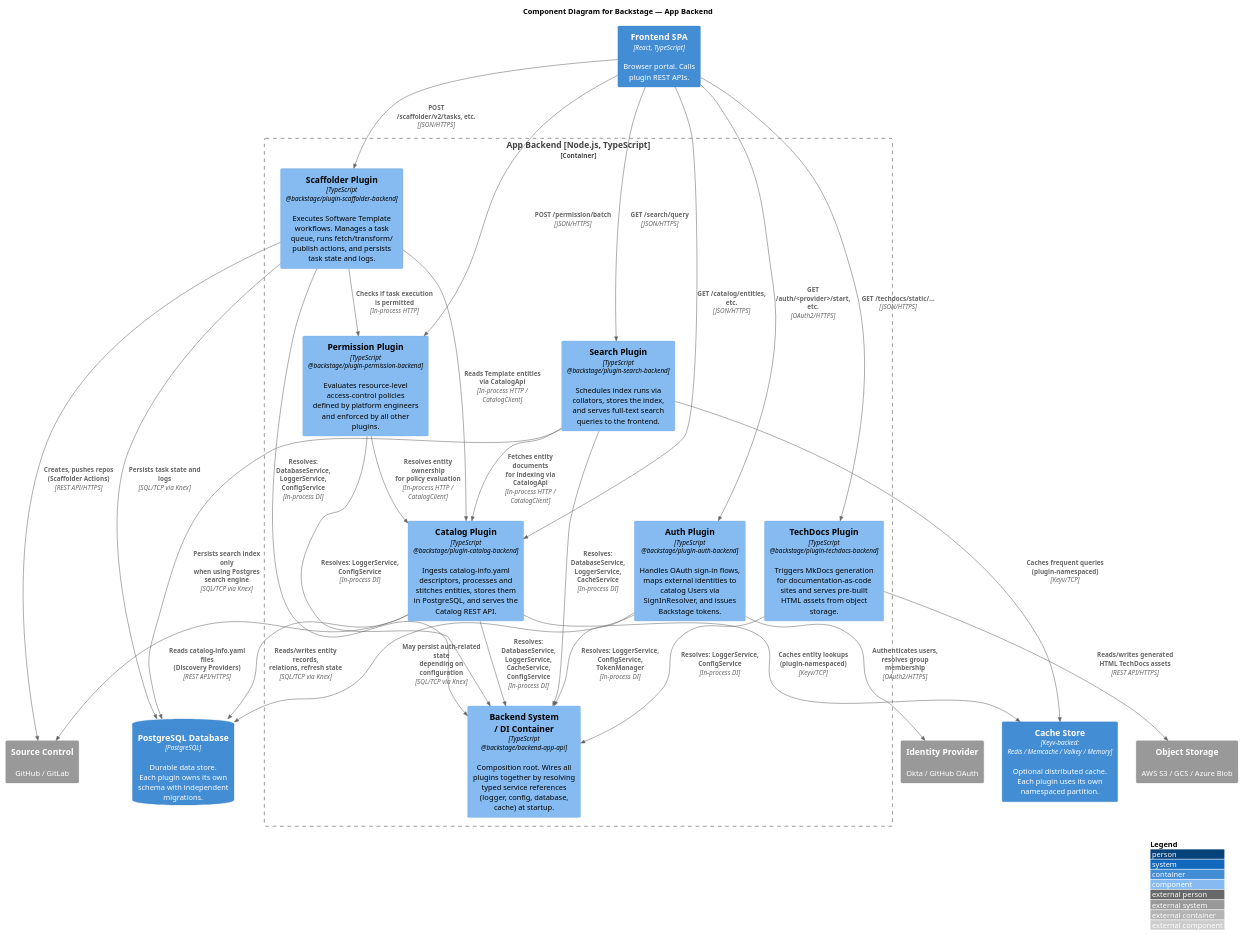
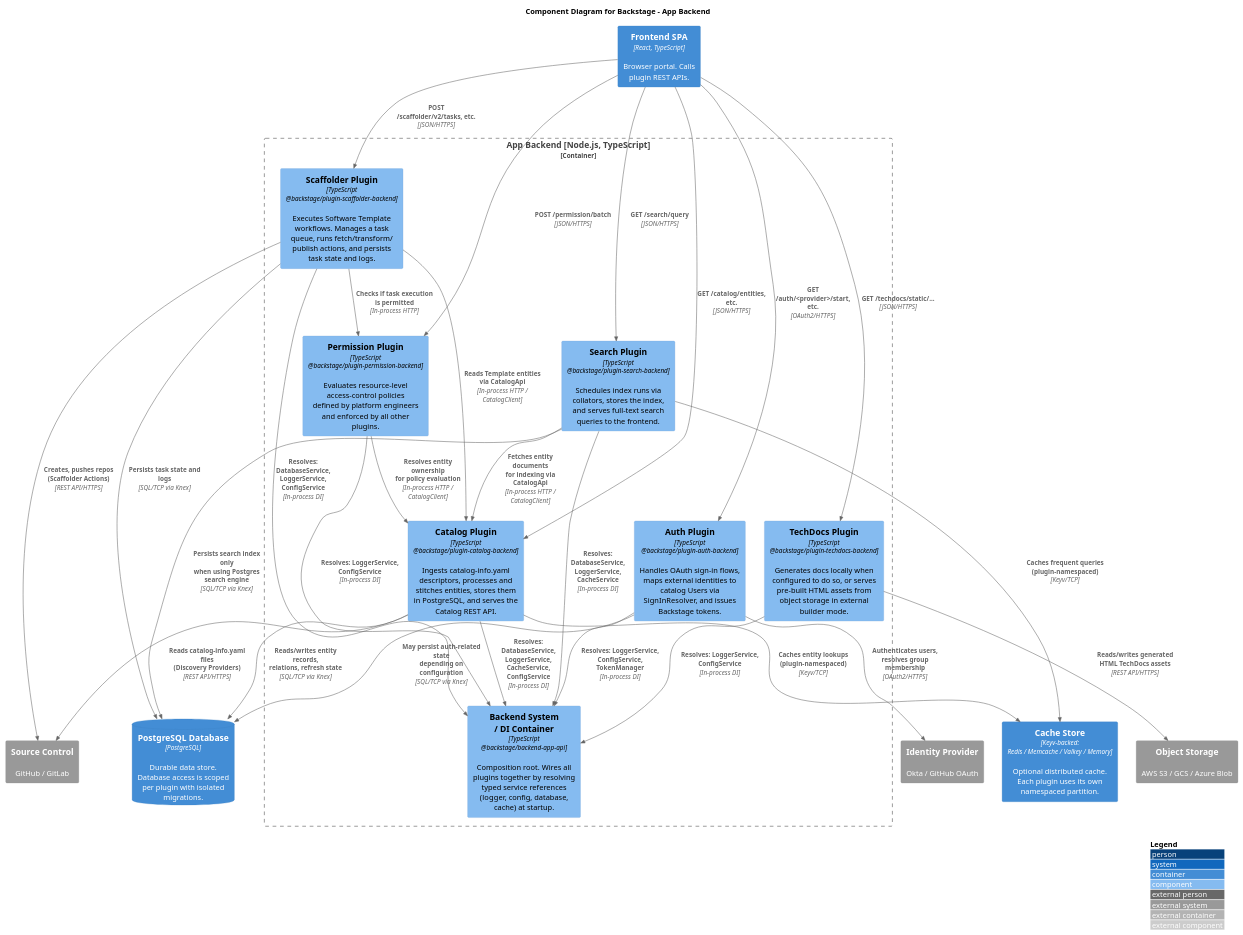
Before and after one commit to Group06-SwDA/Project: the diagram in notes/architecture/diagrams/component-diagram-backend.puml, drawn with PlantUML. The commit also changed 10 other files, not shown here.

Commit message:
feat: updated resport and diagrams

```diff
--- a/notes/architecture/diagrams/component-diagram-backend.puml
+++ b/notes/architecture/diagrams/component-diagram-backend.puml
@@ -1,67 +1,67 @@
 @startuml component-diagram-backend
-!include https://raw.githubusercontent.com/plantuml-stdlib/C4-PlantUML/master/C4_Component.puml
+!include <c4/C4_Component.puml>
 
 LAYOUT_WITH_LEGEND()
 
-title Component Diagram for Backstage — App Backend
+title Component Diagram for Backstage - App Backend
 
 Container_Boundary(backend, "App Backend [Node.js, TypeScript]") {
 
     Component(backendSystem, "Backend System\n/ DI Container", "TypeScript\n@backstage/backend-app-api", "Composition root. Wires all\nplugins together by resolving\ntyped service references\n(logger, config, database,\ncache) at startup.")
 
     Component(catalogPlugin, "Catalog Plugin", "TypeScript\n@backstage/plugin-catalog-backend", "Ingests catalog-info.yaml\ndescriptors, processes and\nstitches entities, stores them\nin PostgreSQL, and serves the\nCatalog REST API.")
 
     Component(scaffolderPlugin, "Scaffolder Plugin", "TypeScript\n@backstage/plugin-scaffolder-backend", "Executes Software Template\nworkflows. Manages a task\nqueue, runs fetch/transform/\npublish actions, and persists\ntask state and logs.")
 
     Component(authPlugin, "Auth Plugin", "TypeScript\n@backstage/plugin-auth-backend", "Handles OAuth sign-in flows,\nmaps external identities to\ncatalog Users via\nSignInResolver, and issues\nBackstage tokens.")
 
-    Component(techdocsPlugin, "TechDocs Plugin", "TypeScript\n@backstage/plugin-techdocs-backend", "Triggers MkDocs generation\nfor documentation-as-code\nsites and serves pre-built\nHTML assets from object\nstorage.")
+    Component(techdocsPlugin, "TechDocs Plugin", "TypeScript\n@backstage/plugin-techdocs-backend", "Generates docs locally when\nconfigured to do so, or serves\npre-built HTML assets from\nobject storage in external\nbuilder mode.")
 
     Component(searchPlugin, "Search Plugin", "TypeScript\n@backstage/plugin-search-backend", "Schedules index runs via\ncollators, stores the index,\nand serves full-text search\nqueries to the frontend.")
 
     Component(permissionPlugin, "Permission Plugin", "TypeScript\n@backstage/plugin-permission-backend", "Evaluates resource-level\naccess-control policies\ndefined by platform engineers\nand enforced by all other\nplugins.")
 }
 
-ContainerDb(postgres, "PostgreSQL Database", "PostgreSQL", "Durable data store.\nEach plugin owns its own\nschema with independent\nmigrations.")
+ContainerDb(postgres, "PostgreSQL Database", "PostgreSQL", "Durable data store.\nDatabase access is scoped\nper plugin with isolated\nmigrations.")
 
 Container(redis, "Cache Store", "Keyv-backed:\nRedis / Memcache / Valkey / Memory", "Optional distributed cache.\nEach plugin uses its own\nnamespaced partition.")
 
 Container(frontend, "Frontend SPA", "React, TypeScript", "Browser portal. Calls\nplugin REST APIs.")
 
 System_Ext(sourceControl, "Source Control", "GitHub / GitLab")
 System_Ext(objectStorage, "Object Storage", "AWS S3 / GCS / Azure Blob")
 System_Ext(idp, "Identity Provider", "Okta / GitHub OAuth")
 
 Rel(frontend, catalogPlugin, "GET /catalog/entities, etc.", "JSON/HTTPS")
 Rel(frontend, scaffolderPlugin, "POST /scaffolder/v2/tasks, etc.", "JSON/HTTPS")
 Rel(frontend, authPlugin, "GET /auth/<provider>/start, etc.", "OAuth2/HTTPS")
 Rel(frontend, techdocsPlugin, "GET /techdocs/static/...", "JSON/HTTPS")
 Rel(frontend, searchPlugin, "GET /search/query", "JSON/HTTPS")
 Rel(frontend, permissionPlugin, "POST /permission/batch", "JSON/HTTPS")
 
 Rel(catalogPlugin, backendSystem, "Resolves: DatabaseService,\nLoggerService, CacheService,\nConfigService", "In-process DI")
 Rel(scaffolderPlugin, backendSystem, "Resolves: DatabaseService,\nLoggerService, ConfigService", "In-process DI")
 Rel(authPlugin, backendSystem, "Resolves: LoggerService,\nConfigService, TokenManager", "In-process DI")
 Rel(techdocsPlugin, backendSystem, "Resolves: LoggerService,\nConfigService", "In-process DI")
 Rel(searchPlugin, backendSystem, "Resolves: DatabaseService,\nLoggerService, CacheService", "In-process DI")
 Rel(permissionPlugin, backendSystem, "Resolves: LoggerService,\nConfigService", "In-process DI")
 
 Rel(searchPlugin, catalogPlugin, "Fetches entity documents\nfor indexing via CatalogApi", "In-process HTTP / CatalogClient")
 Rel(scaffolderPlugin, catalogPlugin, "Reads Template entities\nvia CatalogApi", "In-process HTTP / CatalogClient")
 Rel(permissionPlugin, catalogPlugin, "Resolves entity ownership\nfor policy evaluation", "In-process HTTP / CatalogClient")
 Rel(scaffolderPlugin, permissionPlugin, "Checks if task execution\nis permitted", "In-process HTTP")
 
 Rel(catalogPlugin, postgres, "Reads/writes entity records,\nrelations, refresh state", "SQL/TCP via Knex")
 Rel(scaffolderPlugin, postgres, "Persists task state and logs", "SQL/TCP via Knex")
 Rel(authPlugin, postgres, "May persist auth-related state\ndepending on configuration", "SQL/TCP via Knex")
 Rel(searchPlugin, postgres, "Persists search index only\nwhen using Postgres search engine", "SQL/TCP via Knex")
 
 Rel(catalogPlugin, redis, "Caches entity lookups\n(plugin-namespaced)", "Keyv/TCP")
 Rel(searchPlugin, redis, "Caches frequent queries\n(plugin-namespaced)", "Keyv/TCP")
 
 Rel(catalogPlugin, sourceControl, "Reads catalog-info.yaml files\n(Discovery Providers)", "REST API/HTTPS")
 Rel(scaffolderPlugin, sourceControl, "Creates, pushes repos\n(Scaffolder Actions)", "REST API/HTTPS")
 Rel(techdocsPlugin, objectStorage, "Reads/writes generated\nHTML TechDocs assets", "REST API/HTTPS")
 Rel(authPlugin, idp, "Authenticates users,\nresolves group membership", "OAuth2/HTTPS")
 
 @enduml
```
